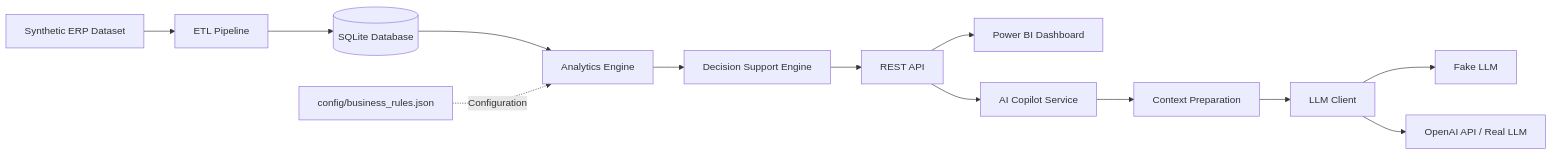
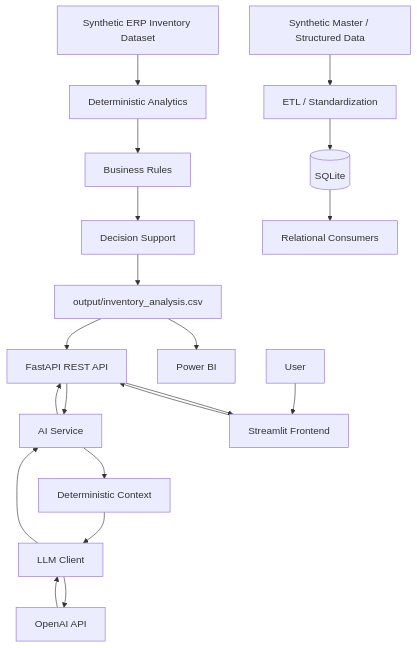
The first of 2 diagrams in README.md (RodsSoares/ai-supply-chain-copilot), drawn with Mermaid before and after one commit. The commit also changed other lines of this file and 6 other files, not shown here.

Commit message:
docs: consolidate v1.1.0 cloud architecture

````diff
--- a/README.md
+++ b/README.md
@@ -144,36 +150,49 @@
 ```mermaid
-flowchart LR
+flowchart TD
 
-A[Synthetic ERP Dataset]
-B[ETL Pipeline]
-C[(SQLite Database)]
-D[Analytics Engine]
-E[Decision Support Engine]
-F[REST API]
-G[Power BI Dashboard]
+    ERP[Synthetic ERP Inventory Dataset]
+    ANALYTICS[Deterministic Analytics]
+    RULES[Business Rules]
+    DECISION[Decision Support]
+    OUTPUT[output/inventory_analysis.csv]
 
-H[AI Copilot Service]
-I[Context Preparation]
-J[LLM Client]
-K[Fake LLM]
-L[OpenAI API / Real LLM]
+    API[FastAPI REST API]
+    BI[Power BI]
 
-R[config/business_rules.json]
+    AI[AI Service]
+    CONTEXT[Deterministic Context]
+    LLM[LLM Client]
+    OPENAI[OpenAI API]
 
-A --> B
-B --> C
-C --> D
-D --> E
-E --> F
+    FRONTEND[Streamlit Frontend]
+    USER[User]
 
-F --> G
-F --> H
+    MASTER[Synthetic Master / Structured Data]
+    ETL[ETL / Standardization]
+    DB[(SQLite)]
+    RELATIONAL[Relational Consumers]
 
-H --> I
-I --> J
+    ERP --> ANALYTICS
+    ANALYTICS --> RULES
+    RULES --> DECISION
+    DECISION --> OUTPUT
 
-J --> K
-J --> L
+    OUTPUT --> API
+    OUTPUT --> BI
 
-R -. Configuration .-> D
+    API --> AI
+    AI --> CONTEXT
+    CONTEXT --> LLM
+    LLM --> OPENAI
+    OPENAI --> LLM
+    LLM --> AI
+    AI --> API
+
+    USER --> FRONTEND
+    FRONTEND --> API
+    API --> FRONTEND
+
+    MASTER --> ETL
+    ETL --> DB
+    DB --> RELATIONAL
 ```
````
